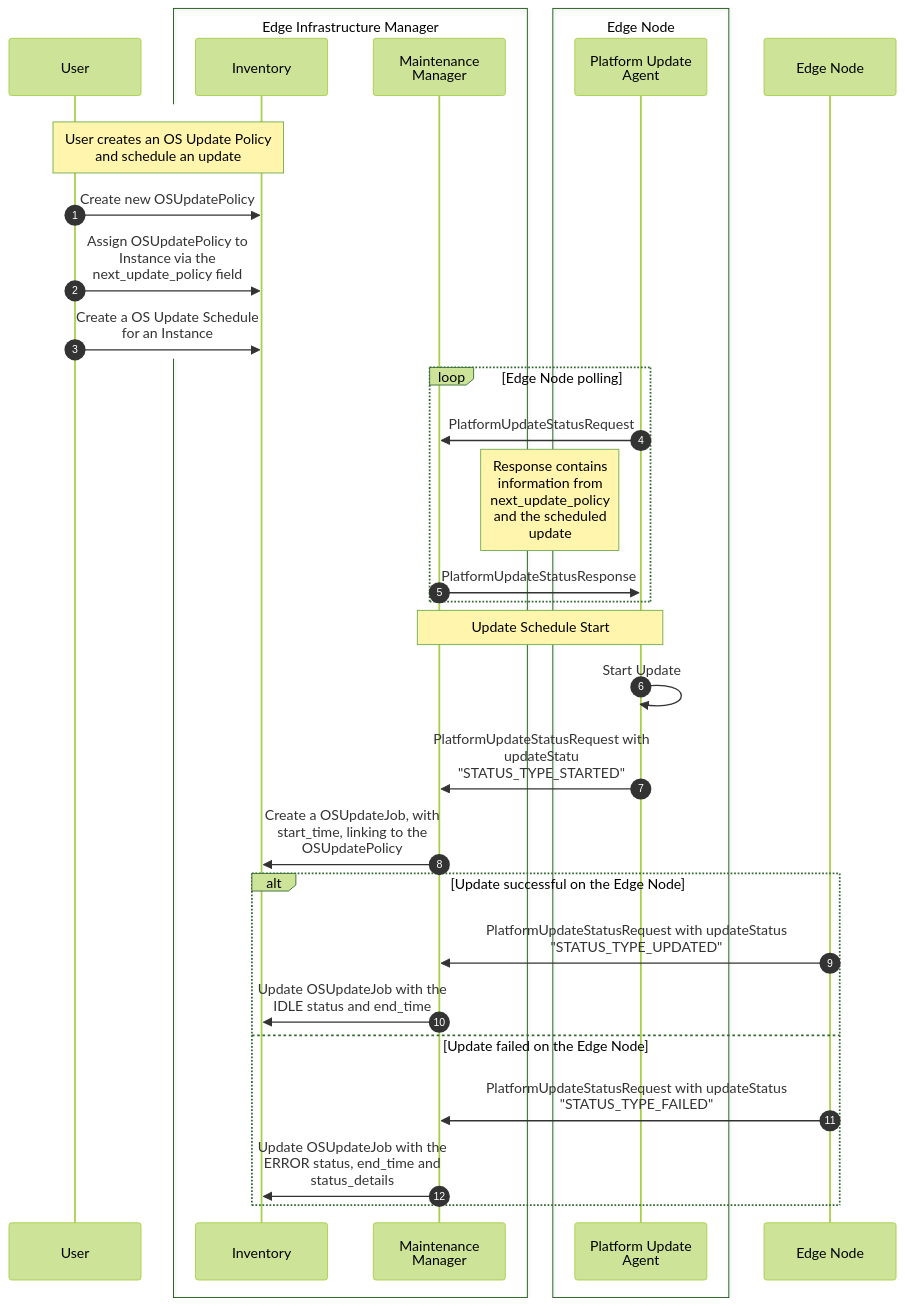
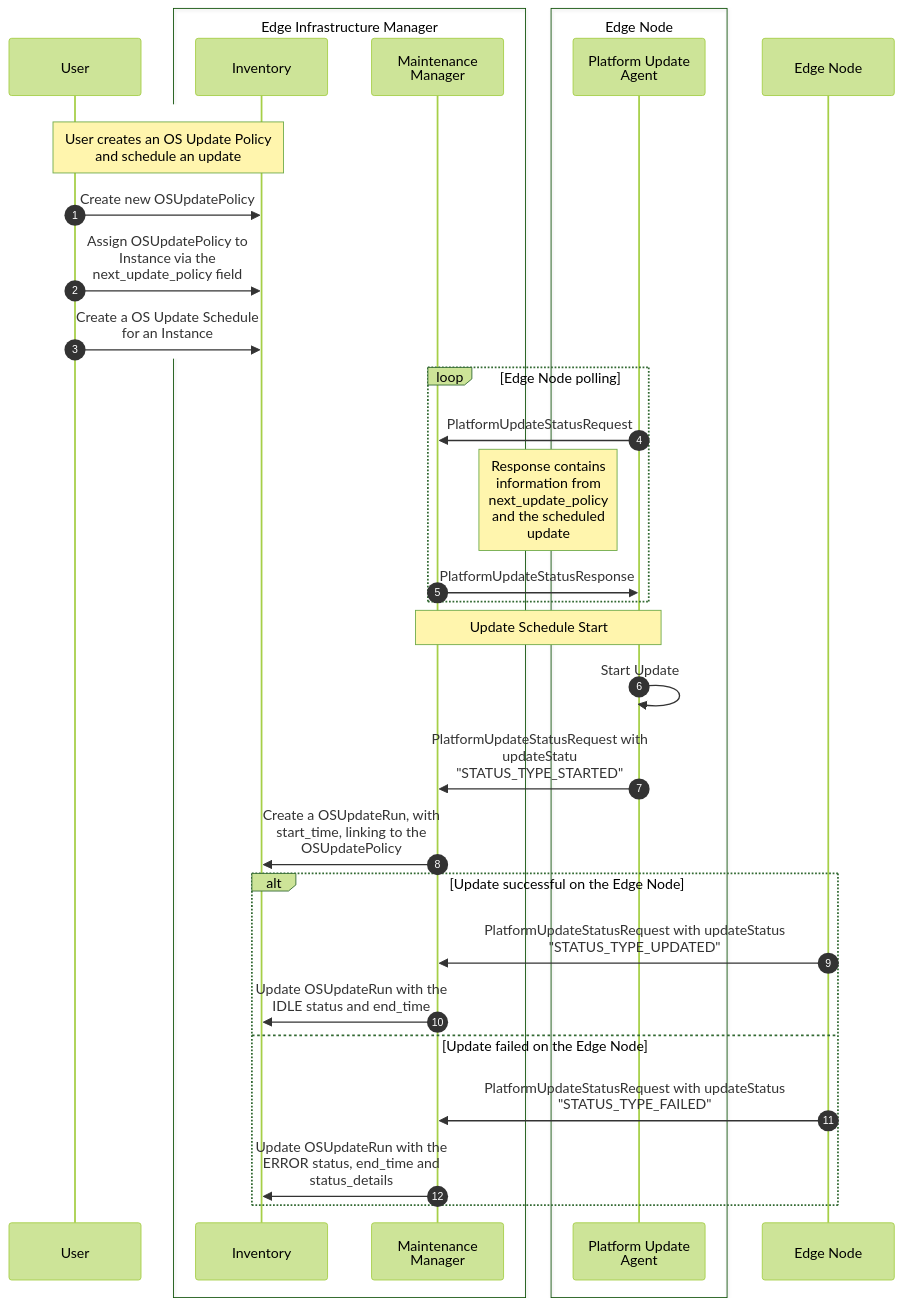
One commit to open-edge-platform/edge-manageability-framework changed the first of 3 diagrams in design-proposals/edge-infra-day2-improvements.md. Above: the diagram before and after it, drawn with Mermaid (forest theme). The commit also changed other lines of this file, not shown here.

````diff
--- a/design-proposals/edge-infra-day2-improvements.md
+++ b/design-proposals/edge-infra-day2-improvements.md
@@ -175,39 +179,39 @@
 ```mermaid
 sequenceDiagram
 %%{wrap}%%
 autonumber
     participant User
     box Edge Infrastructure Manager
     participant Inventory
     participant MM as Maintenance Manager
     end
     box Edge Node
     participant PUA as Platform Update Agent
     end
 
     rect rgb(255,255,255)
         note over User,Inventory: User creates an OS Update Policy and schedule an update
         User->>Inventory: Create new OSUpdatePolicy
         User->>Inventory: Assign OSUpdatePolicy to Instance via the next_update_policy field
         User->>Inventory: Create a OS Update Schedule for an Instance
     end
 
     loop Edge Node polling
         PUA->>MM: PlatformUpdateStatusRequest
         note left of PUA: Response contains information from next_update_policy and the scheduled update
         MM->>PUA: PlatformUpdateStatusResponse
     end
     
     note over MM,PUA: Update Schedule Start
     PUA->>PUA: Start Update
     PUA->>MM: PlatformUpdateStatusRequest with updateStatu "STATUS_TYPE_STARTED"
-    MM->>Inventory: Create a OSUpdateJob, with start_time, linking to the OSUpdatePolicy
+    MM->>Inventory: Create a OSUpdateRun, with start_time, linking to the OSUpdatePolicy
     
     alt Update successful on the Edge Node
         Edge Node->>MM: PlatformUpdateStatusRequest with updateStatus "STATUS_TYPE_UPDATED"
-        MM->>Inventory: Update OSUpdateJob with the IDLE status and end_time
+        MM->>Inventory: Update OSUpdateRun with the IDLE status and end_time
     else Update failed on the Edge Node
         Edge Node->>MM: PlatformUpdateStatusRequest with updateStatus "STATUS_TYPE_FAILED"
-        MM->>Inventory: Update OSUpdateJob with the ERROR status, end_time and status_details
+        MM->>Inventory: Update OSUpdateRun with the ERROR status, end_time and status_details
     end
 ```
````
